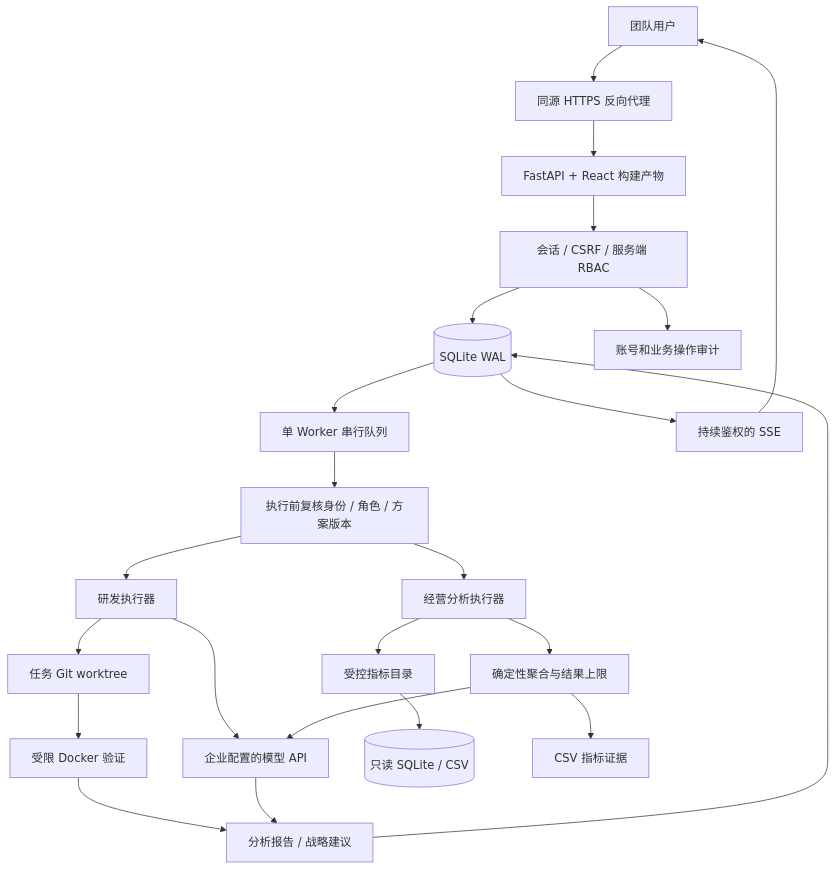
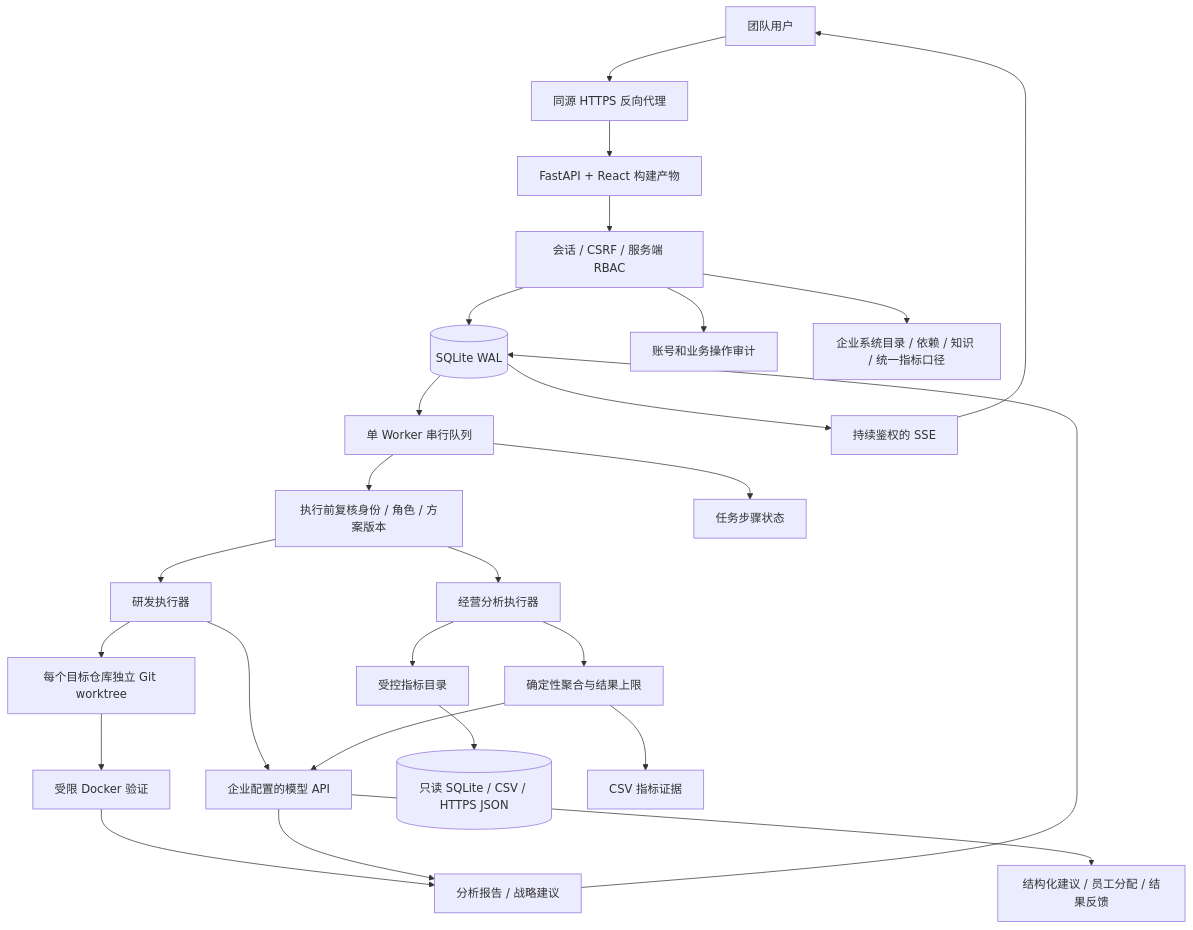
The diagram in docs/architecture.md (zhuaizhuai/ESI), drawn with Mermaid before and after one commit. The commit also changed other lines of this file and 22 other files, not shown here.

````diff
--- a/docs/architecture.md
+++ b/docs/architecture.md
@@ -3,25 +3,28 @@
 ```mermaid
 flowchart TB
   U[团队用户] --> TLS[同源 HTTPS 反向代理]
   TLS --> API[FastAPI + React 构建产物]
   API --> Auth[会话 / CSRF / 服务端 RBAC]
   Auth --> DB[(SQLite WAL)]
   Auth --> Audit[账号和业务操作审计]
+  Auth --> Catalog[企业系统目录 / 依赖 / 知识 / 统一指标口径]
   DB --> Worker[单 Worker 串行队列]
   Worker --> Recheck[执行前复核身份 / 角色 / 方案版本]
   Recheck --> Dev[研发执行器]
   Dev --> Model[企业配置的模型 API]
-  Dev --> WT[任务 Git worktree]
+  Dev --> WT[每个目标仓库独立 Git worktree]
   WT --> Docker[受限 Docker 验证]
   Recheck --> BI[经营分析执行器]
-  BI --> Catalog[受控指标目录]
-  Catalog --> Source[(只读 SQLite / CSV)]
+  BI --> Metric[受控指标目录]
+  Metric --> Source[(只读 SQLite / CSV / HTTPS JSON)]
   BI --> Aggregate[确定性聚合与结果上限]
   Aggregate --> Model
   Docker --> Result[代码差异 / 验证结果]
   Model --> Result[分析报告 / 战略建议]
   Aggregate --> Evidence[CSV 指标证据]
+  Model --> Advice[结构化建议 / 员工分配 / 结果反馈]
+  Worker --> Steps[任务步骤状态]
   Result --> DB
   DB --> SSE[持续鉴权的 SSE]
   SSE --> U
 ```
````
